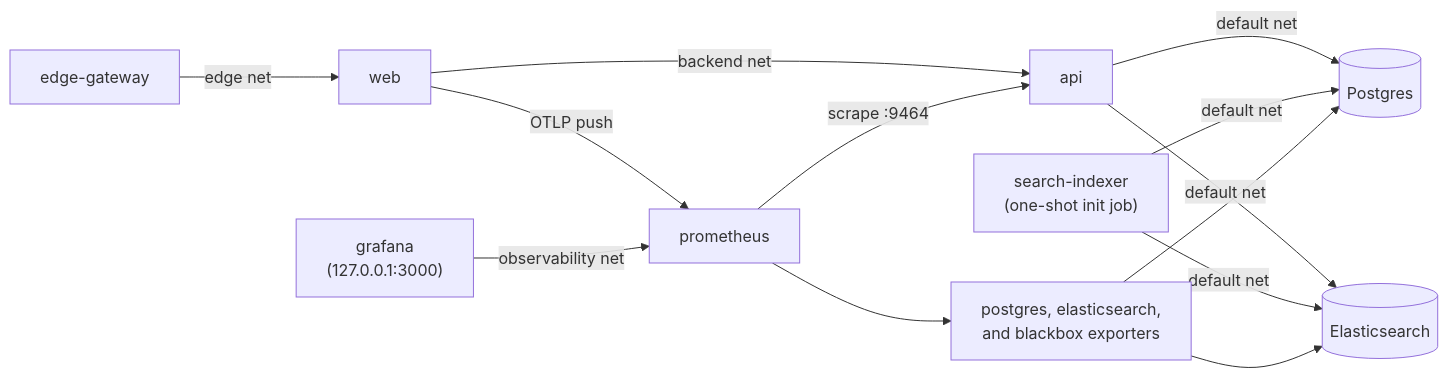
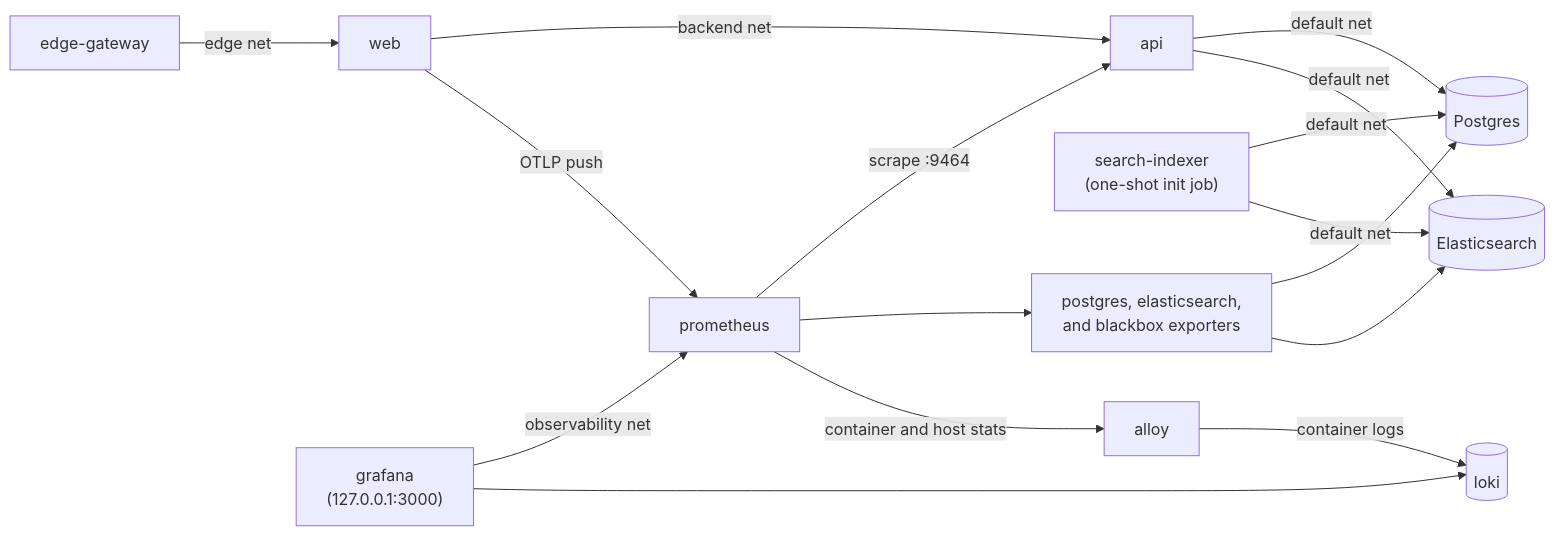
Before and after one commit to raaqimorg/qafiyah: the third of 4 diagrams in docs/topology.md, drawn with Mermaid. The commit also changed other lines of this file and 5 other files, not shown here.

Commit message:
docs(observability): document Loki, Alloy, the new dashboards, the JSON access log, and what the logs keep

````diff
--- a/docs/topology.md
+++ b/docs/topology.md
@@ -47,15 +47,18 @@
 ```mermaid
 flowchart LR
     edge["edge-gateway"] -->|"edge net"| web["web"]
     web -->|"backend net"| api["api"]
     api -->|"default net"| db[("Postgres")]
     api -->|"default net"| es[("Elasticsearch")]
     indexer["search-indexer<br/>(one-shot init job)"] -->|"default net"| db
     indexer -->|"default net"| es
     prometheus["prometheus"] -->|"scrape :9464"| api
     web -->|"OTLP push"| prometheus
     prometheus --> exporters["postgres, elasticsearch,<br/>and blackbox exporters"]
     exporters --> db
     exporters --> es
     grafana["grafana<br/>(127.0.0.1:3000)"] -->|"observability net"| prometheus
+    grafana --> loki[("loki")]
+    alloy["alloy"] -->|"container logs"| loki
+    prometheus -->|"container and host stats"| alloy
 ```
````
